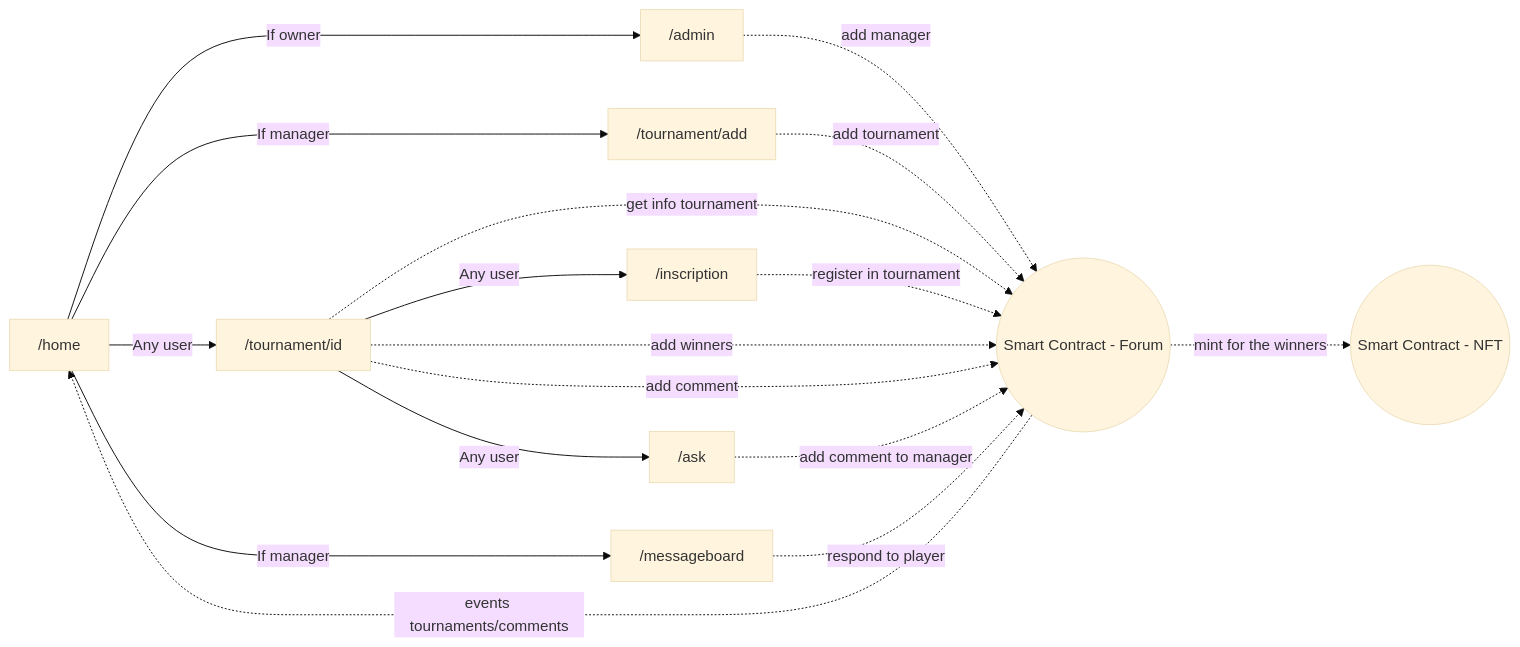
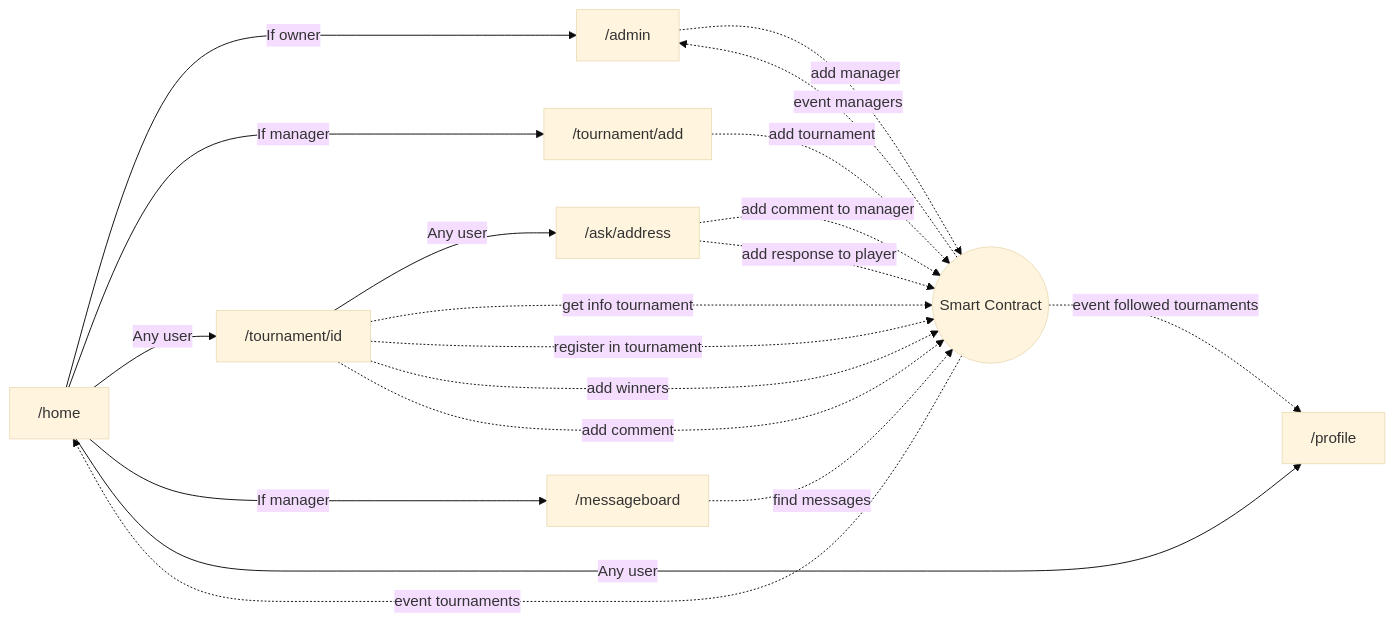
The diagram in README.md (mickablondo/PadelConnect), drawn with Mermaid (base theme) before and after one commit. The commit also changed other lines of this file and 3 other files, not shown here.

````diff
--- a/README.md
+++ b/README.md
@@ -34,19 +32,21 @@
 ```mermaid
 flowchart >
     A[ /home] -->|If owner| B[ /admin]
     A -->|If manager| C[ /tournament/add]
     A -->|Any user| D[ /tournament/id]
     A -->|If manager| H[ /messageboard]
-    D -->|Any user| E[ /inscription]
-    D -->|Any user| G[ /ask]
-    B -.->|add manager| I((Smart Contract - Forum))
+    A -->|Any user| F[ /profile]
+    D -->|Any user| G[ /ask/address]
+    B -.->|add manager| I((Smart Contract))
     C -.->|add tournament| I
     D -.->|get info tournament| I
-    E -.->|register in tournament| I
+    D -.->|register in tournament| I
     D -.->|add winners| I
     D -.->|add comment| I
     G -.->|add comment to manager| I
-    H -.->|respond to player| I
-    I -.->|mint for the winners| J((Smart Contract - NFT))
-    I -.->|events tournaments/comments| A
+    G -.->|add response to player| I
+    H -.->|find messages| I
+    I -.->|event tournaments| A
+    I -.->|event managers| B
+    I -.->|event followed tournaments| F
 ```
````
